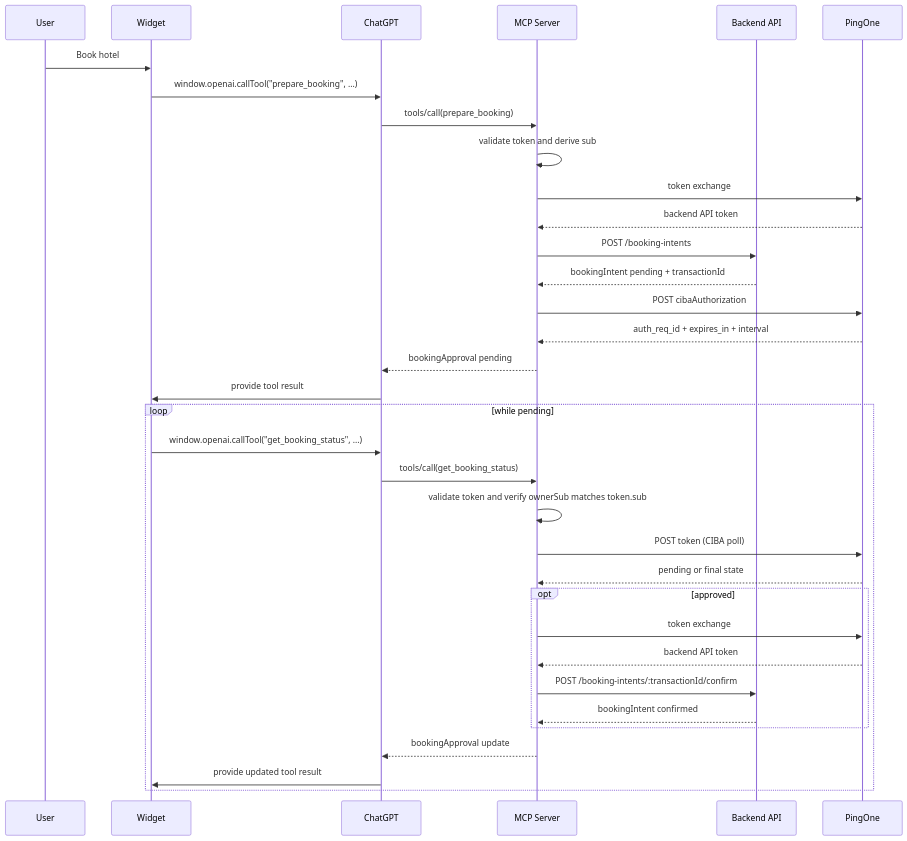
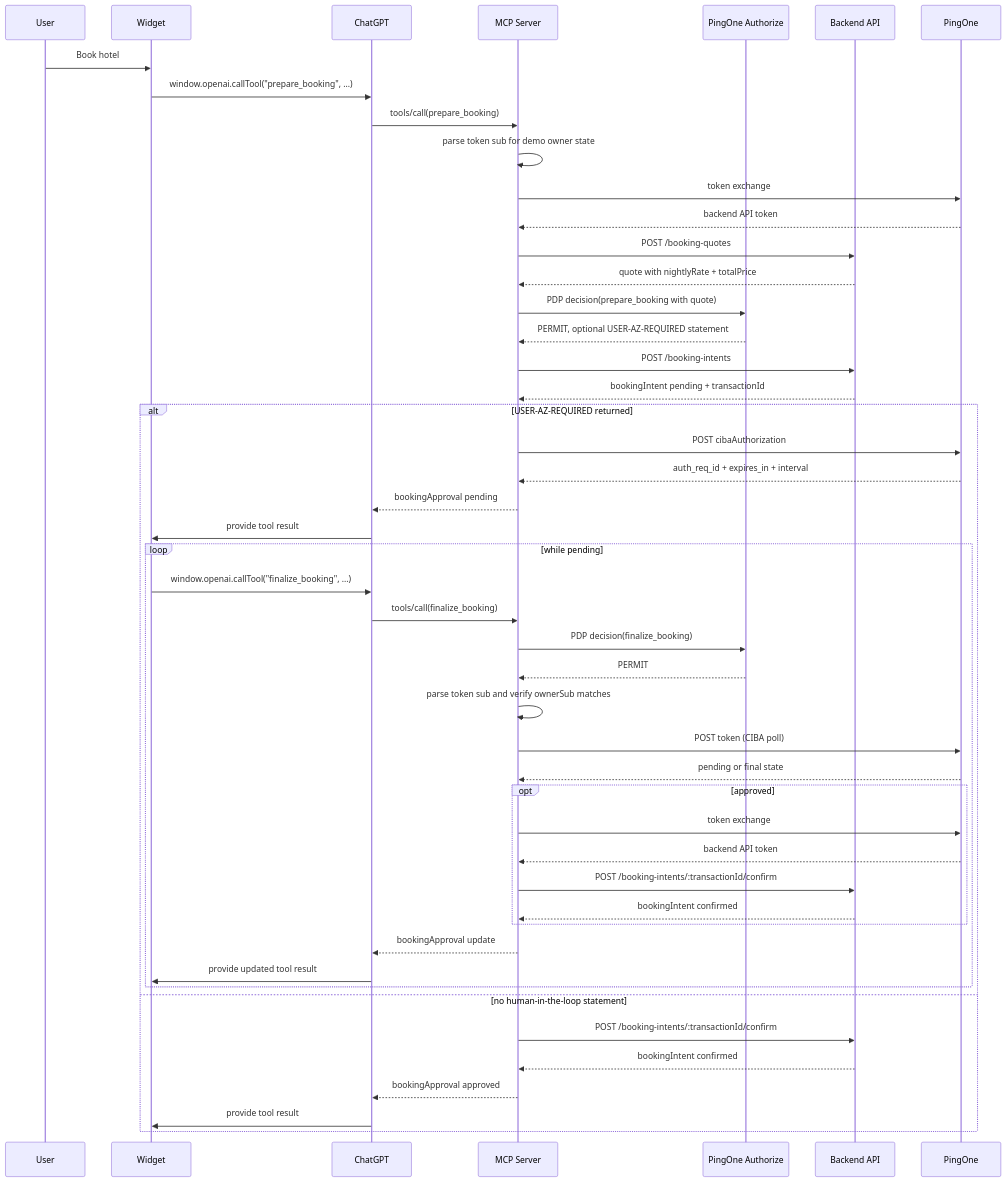
One commit to carbonefederico/ai-myhotels-chatgpt-app changed the fourth of 4 diagrams in README.md. Above: the diagram before and after it, drawn with Mermaid. The commit also changed other lines of this file and 15 other files, not shown here.

Commit message:
Add PingOne Authorize PDP flow

````diff
--- a/README.md
+++ b/README.md
@@ -298,38 +364,53 @@
 ```mermaid
 sequenceDiagram
     participant U as User
     participant W as Widget
     participant CG as ChatGPT
     participant MCP as MCP Server
+    participant PDP as PingOne Authorize
     participant API as Backend API
     participant P1 as PingOne
 
     U->>W: Book hotel
     W->>CG: window.openai.callTool("prepare_booking", ...)
     CG->>MCP: tools/call(prepare_booking)
-    MCP->>MCP: validate token and derive sub
+    MCP->>MCP: parse token sub for demo owner state
     MCP->>P1: token exchange
     P1-->>MCP: backend API token
+    MCP->>API: POST /booking-quotes
+    API-->>MCP: quote with nightlyRate + totalPrice
+    MCP->>PDP: PDP decision(prepare_booking with quote)
+    PDP-->>MCP: PERMIT, optional USER-AZ-REQUIRED statement
     MCP->>API: POST /booking-intents
     API-->>MCP: bookingIntent pending + transactionId
-    MCP->>P1: POST cibaAuthorization
-    P1-->>MCP: auth_req_id + expires_in + interval
-    MCP-->>CG: bookingApproval pending
-    CG->>W: provide tool result
 
-    loop while pending
-        W->>CG: window.openai.callTool("get_booking_status", ...)
-        CG->>MCP: tools/call(get_booking_status)
-        MCP->>MCP: validate token and verify ownerSub matches token.sub
-        MCP->>P1: POST token (CIBA poll)
-        P1-->>MCP: pending or final state
-        opt approved
-            MCP->>P1: token exchange
-            P1-->>MCP: backend API token
-            MCP->>API: POST /booking-intents/:transactionId/confirm
-            API-->>MCP: bookingIntent confirmed
+    alt USER-AZ-REQUIRED returned
+        MCP->>P1: POST cibaAuthorization
+        P1-->>MCP: auth_req_id + expires_in + interval
+        MCP-->>CG: bookingApproval pending
+        CG->>W: provide tool result
+
+        loop while pending
+            W->>CG: window.openai.callTool("finalize_booking", ...)
+            CG->>MCP: tools/call(finalize_booking)
+            MCP->>PDP: PDP decision(finalize_booking)
+            PDP-->>MCP: PERMIT
+            MCP->>MCP: parse token sub and verify ownerSub matches
+            MCP->>P1: POST token (CIBA poll)
+            P1-->>MCP: pending or final state
+            opt approved
+                MCP->>P1: token exchange
+                P1-->>MCP: backend API token
+                MCP->>API: POST /booking-intents/:transactionId/confirm
+                API-->>MCP: bookingIntent confirmed
+            end
+            MCP-->>CG: bookingApproval update
+            CG->>W: provide updated tool result
         end
-        MCP-->>CG: bookingApproval update
-        CG->>W: provide updated tool result
+    else no human-in-the-loop statement
+        MCP->>API: POST /booking-intents/:transactionId/confirm
+        API-->>MCP: bookingIntent confirmed
+        MCP-->>CG: bookingApproval approved
+        CG->>W: provide tool result
     end
 ```
````
